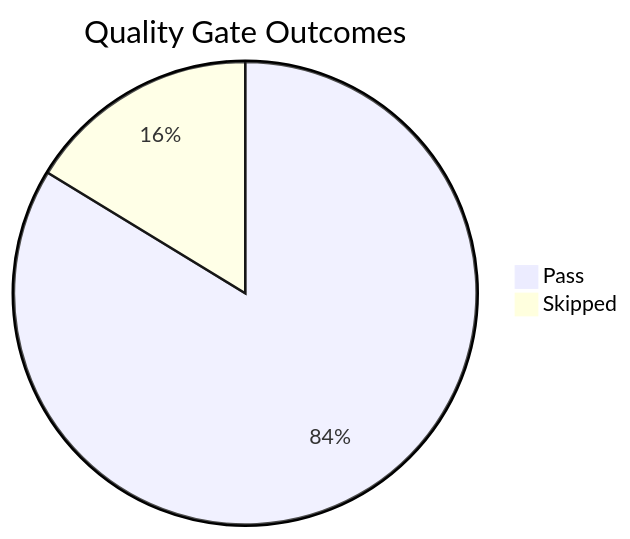
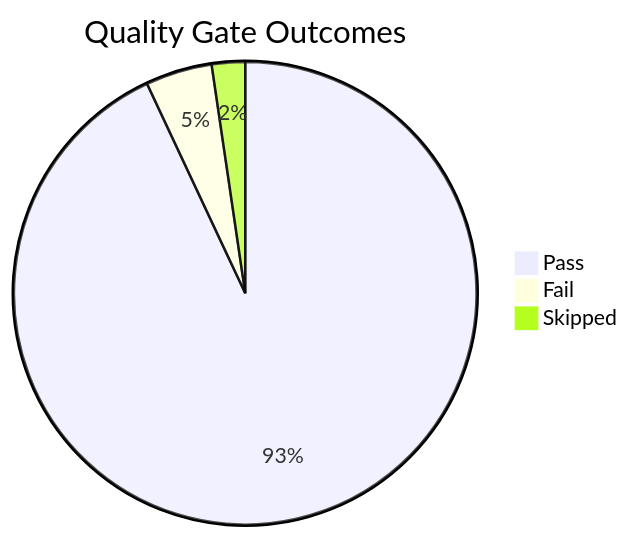
The diagram in docs/meta/golden-status.md (yeongseon/azure-app-service-practical-guide), drawn with Mermaid before and after one commit. The commit also changed other lines of this file, not shown here.

````diff
--- a/docs/meta/golden-status.md
+++ b/docs/meta/golden-status.md
@@ -44,5 +42,6 @@
 ```mermaid
 pie title Quality Gate Outcomes
-    "Pass" : 36
-    "Skipped" : 7
+    "Pass" : 40
+    "Fail" : 2
+    "Skipped" : 1
 ```
````
